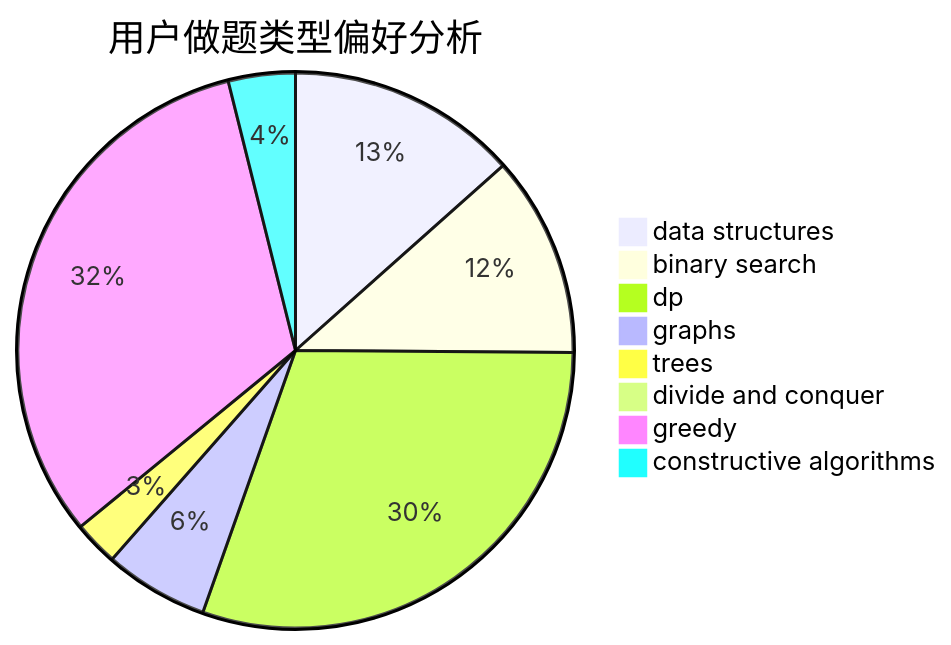
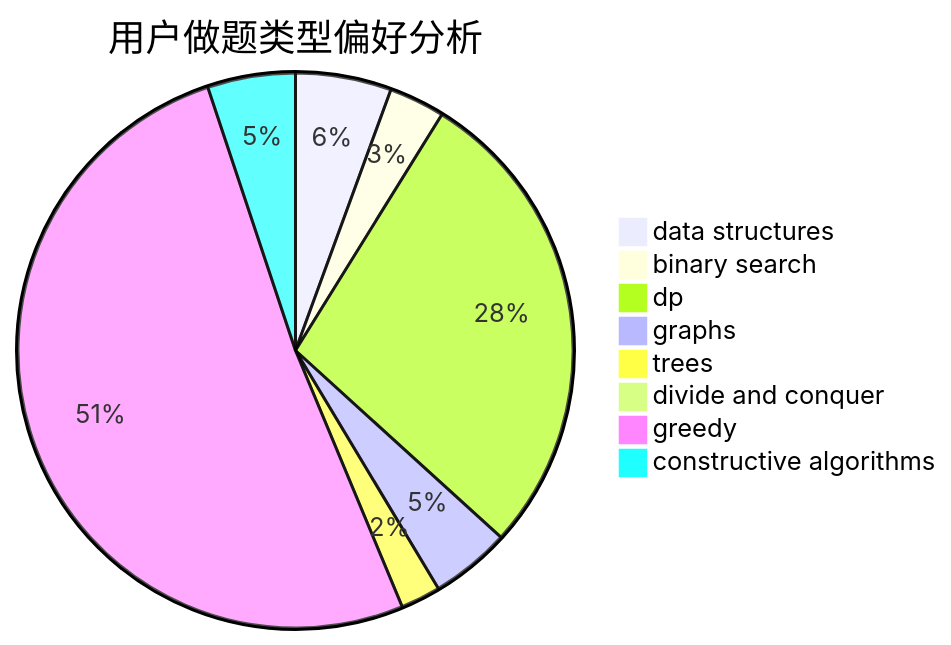
The second of 3 diagrams in docs/user/u2670.md (sherpahu/cfrs.github.io), drawn with Mermaid before and after one commit. The commit also changed other lines of this file and 2770 other files, not shown here.

````diff
--- a/docs/user/u2670.md
+++ b/docs/user/u2670.md
@@ -23,11 +23,11 @@
 ```mermaid
 pie title 用户做题类型偏好分析
-    "data structures" :  31
-    "binary search" :  27
-    "dp" :  70
-    "graphs" :  14
-    "trees" :  6
+    "data structures" :  12
+    "binary search" :  7
+    "dp" :  60
+    "graphs" :  10
+    "trees" :  5
     "divide and conquer" :  0
-    "greedy" :  74
-    "constructive algorithms" :  9
+    "greedy" :  110
+    "constructive algorithms" :  11
 ```
````
